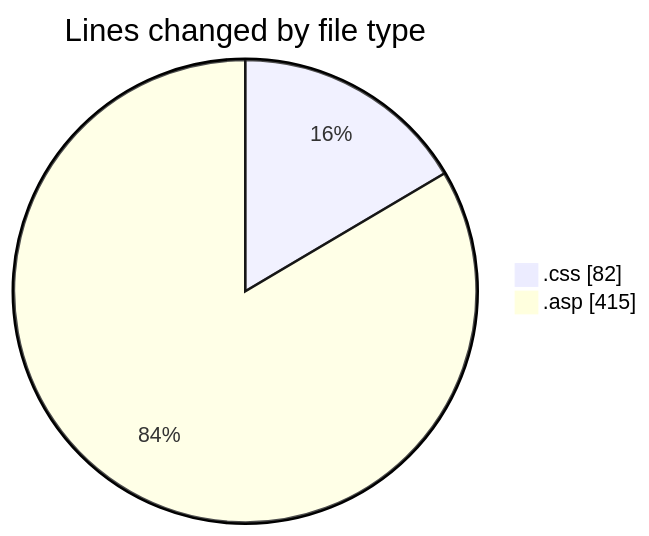
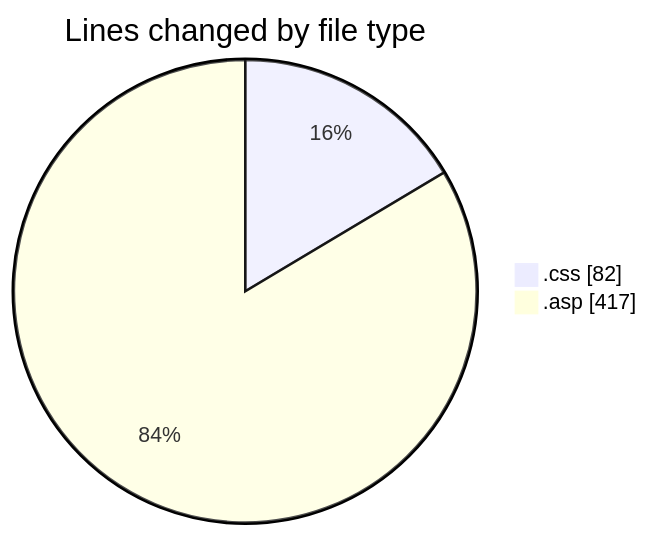
Before and after one commit to julien-gomy/code-tracking: the first of 2 diagrams in 2025-11-16/cdp_aleoudev_fr__workspace_/README.md, drawn with Mermaid. The commit also changed other lines of this file and 1 other file, not shown here.

````diff
--- a/2025-11-16/cdp_aleoudev_fr__workspace_/README.md
+++ b/2025-11-16/cdp_aleoudev_fr__workspace_/README.md
@@ -22,6 +23,6 @@
 ```mermaid
 pie showData
 title Lines changed by file type
 ".css" : 82
-".asp" : 415
+".asp" : 417
 ```
````
